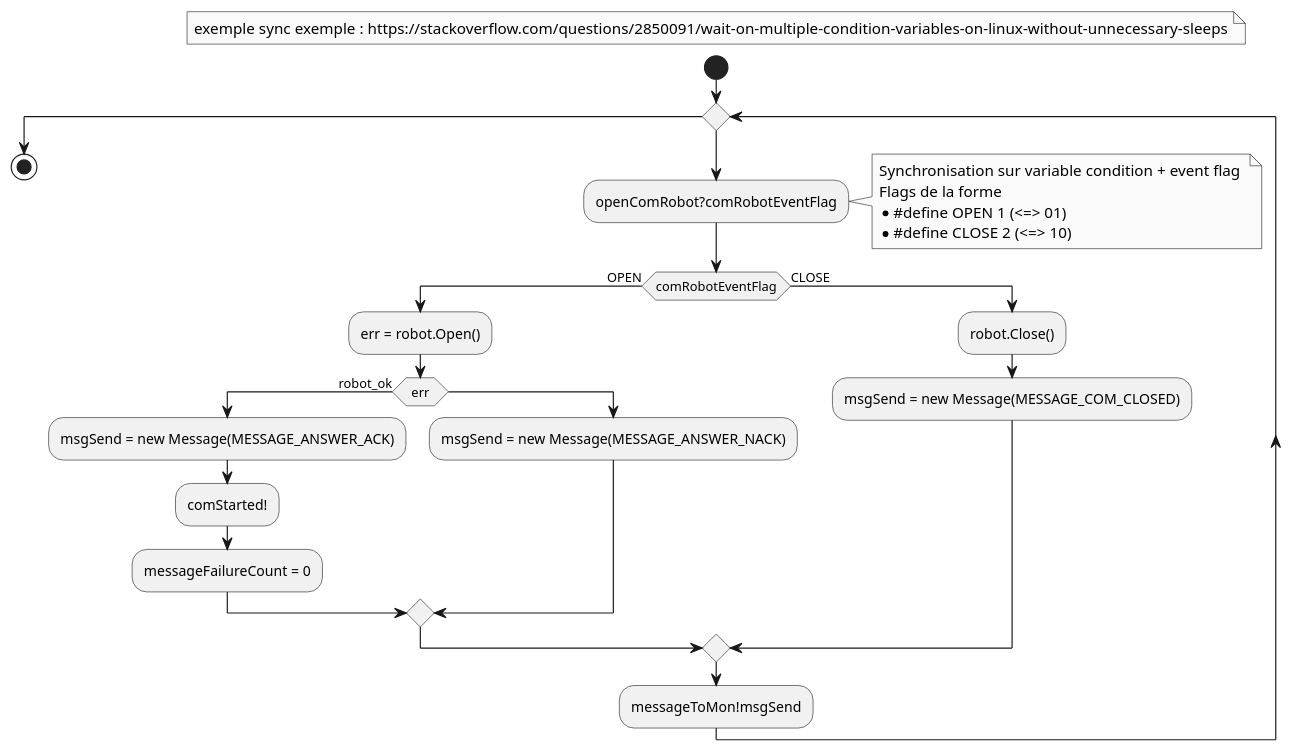
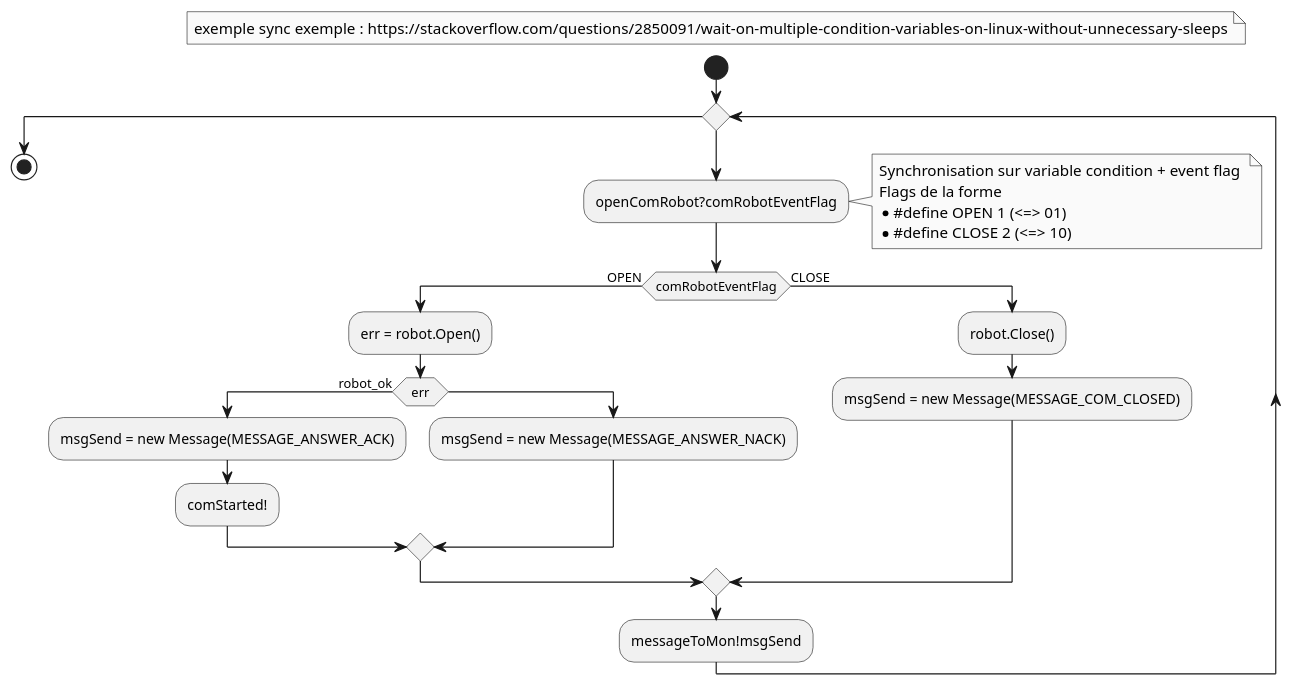
The diagram in diags/th_com_robot.puml (Bobillot/BE_Temps_Reel), drawn with PlantUML before and after one commit. The commit also changed 3 other files, not shown here.

```diff
--- a/diags/th_com_robot.puml
+++ b/diags/th_com_robot.puml
@@ -1,32 +1,31 @@
 @startuml th_com_robot
 
 skinparam monochrome true
 floating note : exemple sync exemple : https://stackoverflow.com/questions/2850091/wait-on-multiple-condition-variables-on-linux-without-unnecessary-sleeps
 start
 
 while( )
     :openComRobot?comRobotEventFlag;
     note right
         Synchronisation sur variable condition + event flag 
         Flags de la forme 
         * #define OPEN 1 (<=> 01)
         * #define CLOSE 2 (<=> 10)
     end note
     if (comRobotEventFlag) then (OPEN)
     :err = robot.Open();
         if (err) then (robot_ok)
         :msgSend = new Message(MESSAGE_ANSWER_ACK);
         :comStarted!;
-        :messageFailureCount = 0;
         else
             :msgSend = new Message(MESSAGE_ANSWER_NACK);
         endif
     else (CLOSE)
         :robot.Close();
         :msgSend = new Message(MESSAGE_COM_CLOSED);
         'Check message type
     endif
     :messageToMon!msgSend;
 endwhile
 stop
 @enduml
```
